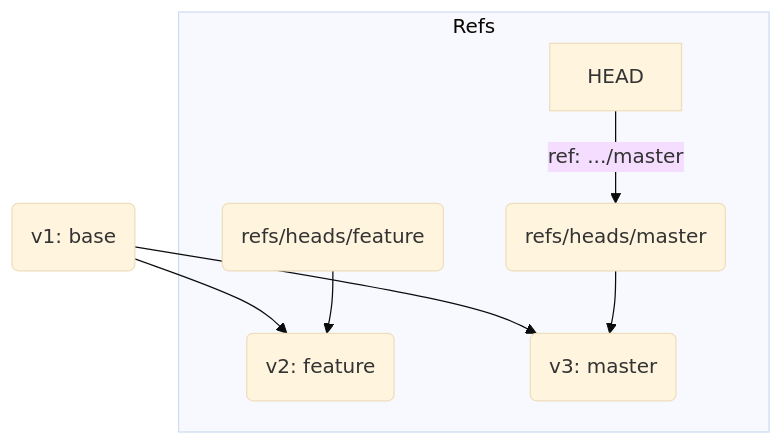
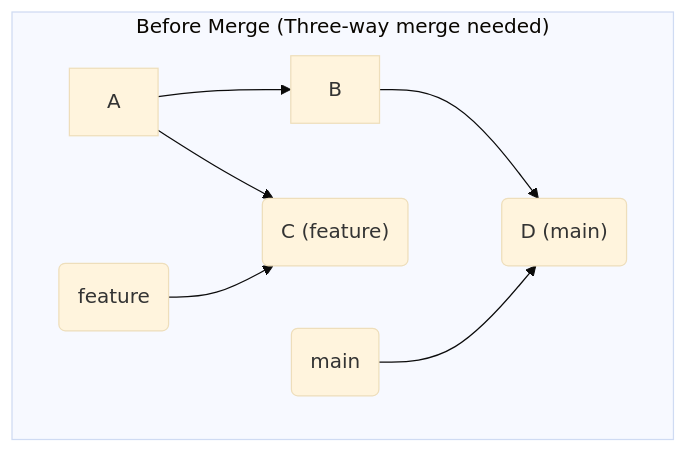
Before and after one commit to engineers-hub-ltd-in-house-project/git-deep-understanding: the diagram in manuscript/part3/chapter16.md, drawn with Mermaid (base theme). The commit also changed other lines of this file and 36 other files, not shown here.

````diff
--- a/manuscript/part3/chapter16.md
+++ b/manuscript/part3/chapter16.md
@@ -49,11 +14,9 @@
 ```mermaid
 graph TD
-    C1("v1: base") --> C2("v2: feature")
-    C1 --> C3("v3: master")
-
-    subgraph Refs
-        Feature("refs/heads/feature") --> C2
-        Master("refs/heads/master") --> C3
-        HEAD -- "ref: .../master" --> Master
+    subgraph "Before Merge (Three-way merge needed)"
+        A --> B --> D("D (main)")
+        A --> C("C (feature)")
+        Main("main") --> D
+        Feature("feature") --> C
     end
 ```
````
